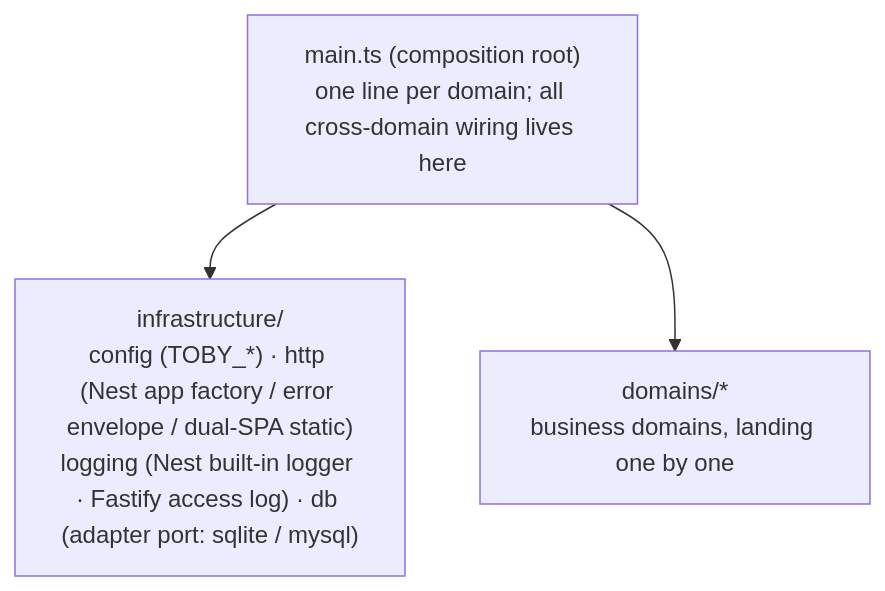
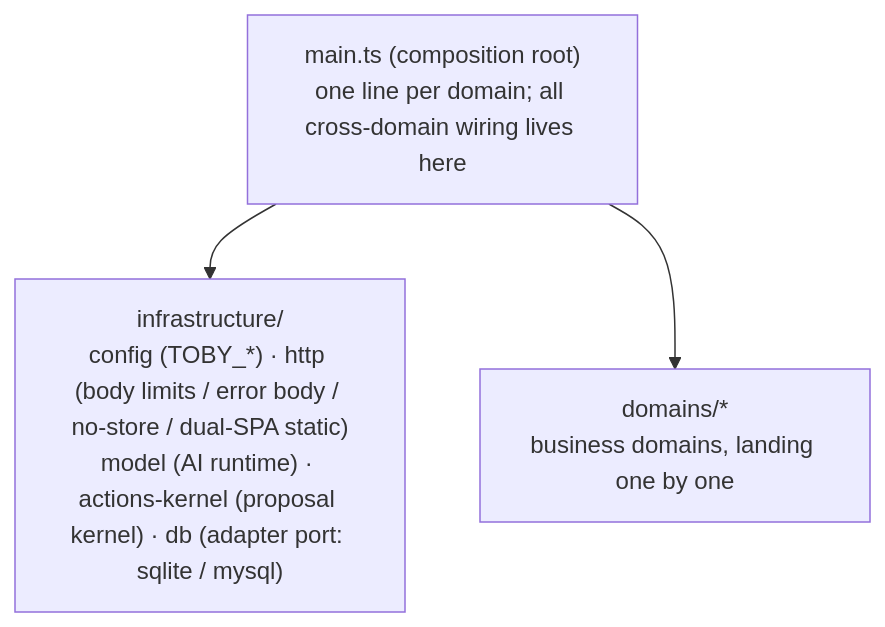
Before and after one commit to dengyusys/toby: the third of 3 diagrams in docs/system-overview.md, drawn with Mermaid. The commit also changed other lines of this file and 129 other files, not shown here.

````diff
--- a/docs/system-overview.md
+++ b/docs/system-overview.md
@@ -114,8 +114,8 @@
 ```mermaid
 flowchart TB
     BOOT["main.ts (composition root)<br/>one line per domain; all cross-domain wiring lives here"]
-    INFRA["infrastructure/<br/>config (TOBY_*) · http (Nest app factory / error envelope / dual-SPA static)<br/>logging (Nest built-in logger · Fastify access log) · db (adapter port: sqlite / mysql)"]
+    INFRA["infrastructure/<br/>config (TOBY_*) · http (body limits / error body / no-store / dual-SPA static)<br/>model (AI runtime) · actions-kernel (proposal kernel) · db (adapter port: sqlite / mysql)"]
     DOM["domains/*<br/>business domains, landing one by one"]
     BOOT --> INFRA
     BOOT --> DOM
 ```
````
